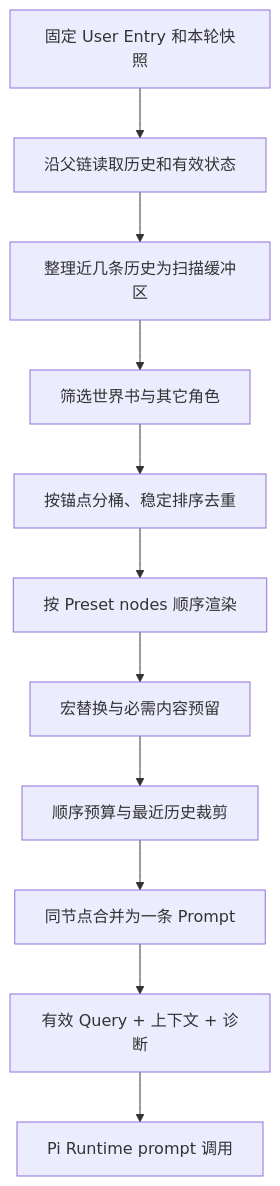
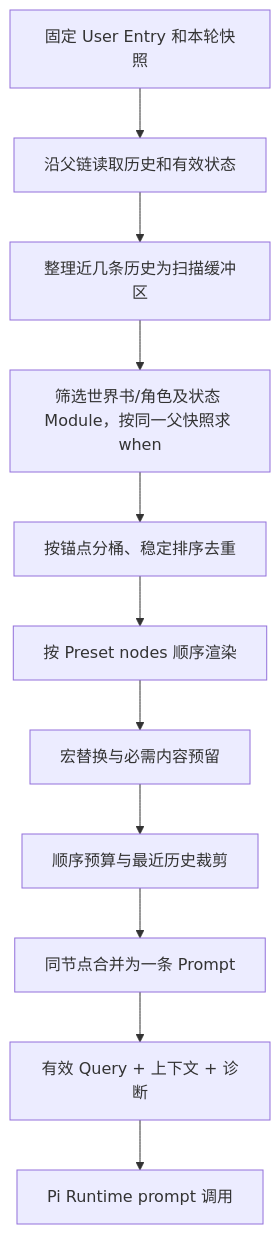
One commit to huiru-wang/SillyRealms changed the diagram in docs/design/context.md. Above: the diagram before and after it, drawn with Mermaid. The commit also changed other lines of this file and 11 other files, not shown here.

````diff
--- a/docs/design/context.md
+++ b/docs/design/context.md
@@ -41,13 +42,13 @@
 ```mermaid
 flowchart TD
  A[固定 User Entry 和本轮快照] --> B[沿父链读取历史和有效状态]
  B --> C[整理近几条历史为扫描缓冲区]
- C --> D[筛选世界书与其它角色]
+ C --> D[筛选世界书/角色及状态 Module，按同一父快照求 when]
  D --> E[按锚点分桶、稳定排序去重]
  E --> F[按 Preset nodes 顺序渲染]
  F --> G[宏替换与必需内容预留]
  G --> H[顺序预算与最近历史裁剪]
  H --> I[同节点合并为一条 Prompt]
  I --> J[有效 Query + 上下文 + 诊断]
  J --> K[Pi Runtime prompt 调用]
 ```
````
